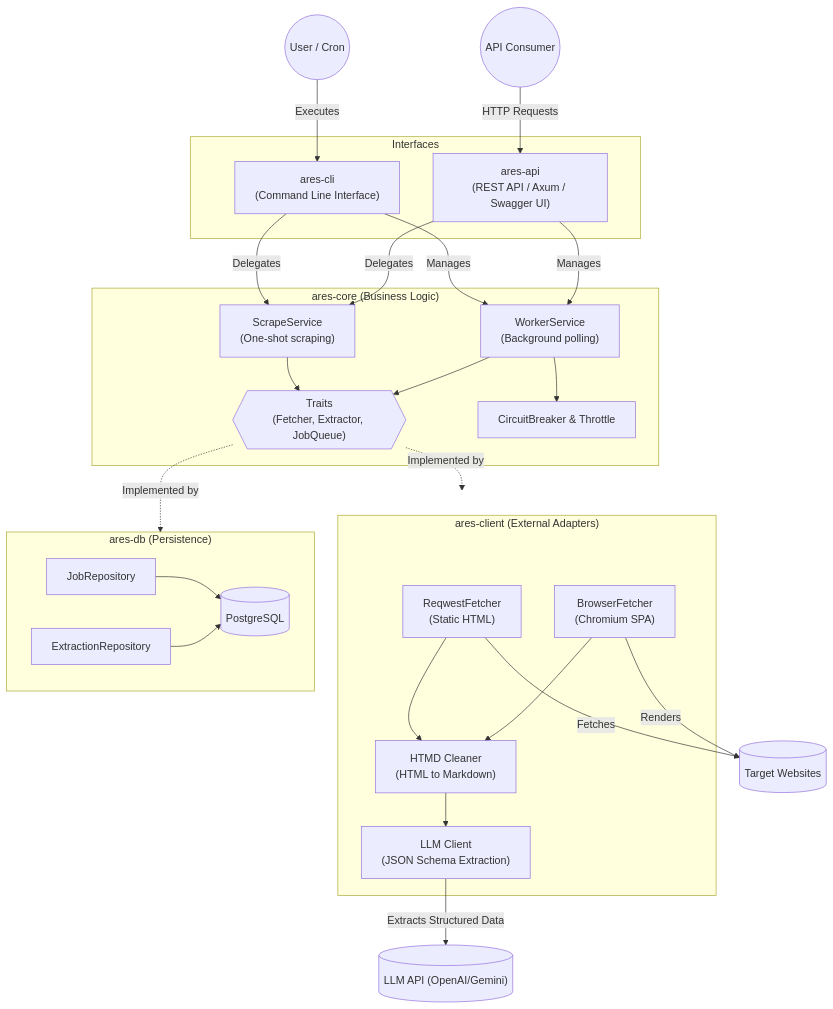
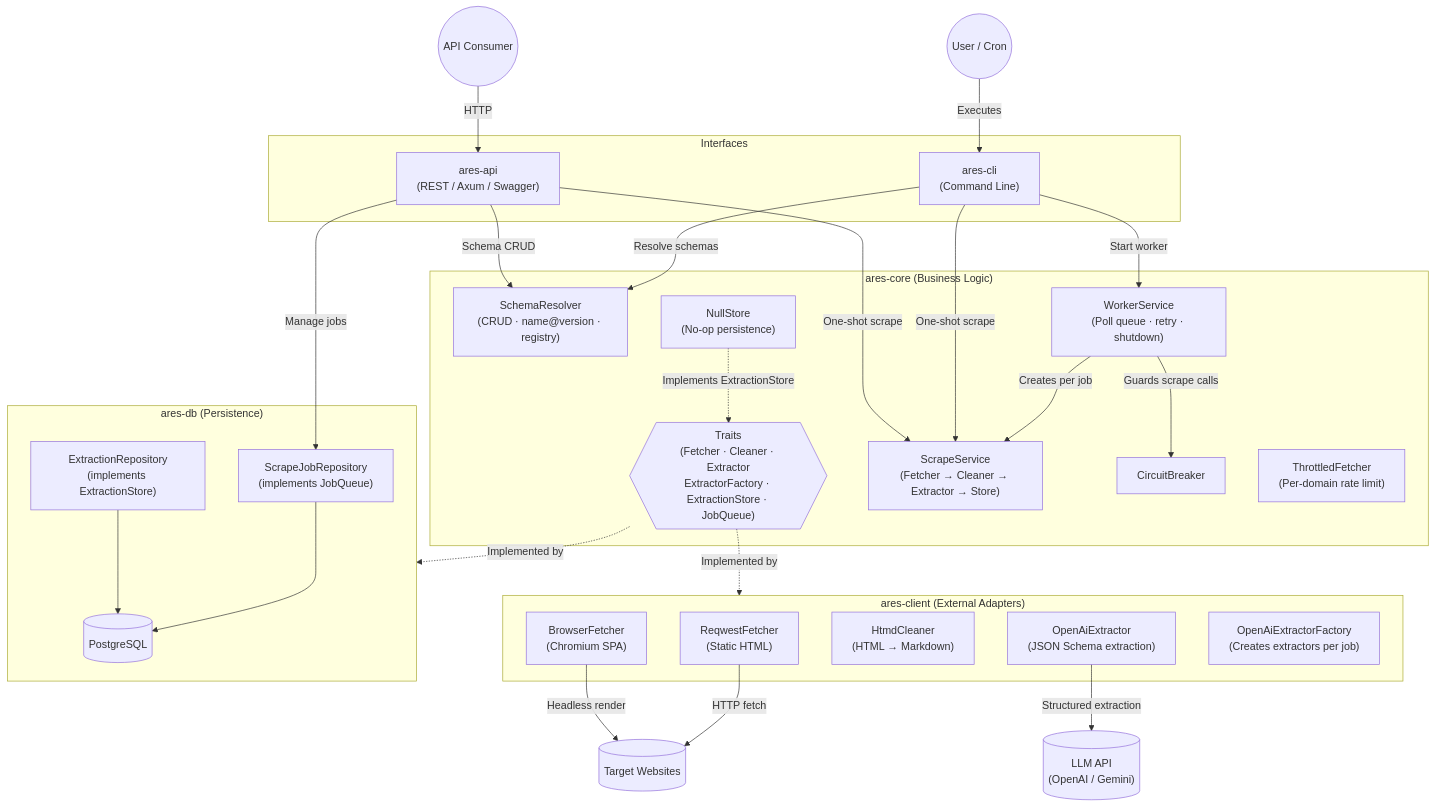
One commit to AndreaBozzo/Ares changed the diagram in README.md. Above: the diagram before and after it, drawn with Mermaid. The commit also changed other lines of this file, not shown here.

Commit message:
refactor(docs): enhance architecture diagram with clearer component descriptions and relationships

````diff
--- a/README.md
+++ b/README.md
@@ -31,64 +31,71 @@
 ```mermaid
 flowchart TB
   %% External Entities
   User((User / Cron))
   Admin((API Consumer))
   Web[("Target Websites")]
-  LLM_API[("LLM API (OpenAI/Gemini)")]
-    
+  LLM_API[("LLM API\n(OpenAI / Gemini)")]
+
   %% Entrypoints
   subgraph Interfaces["Interfaces"]
-    CLI["ares-cli\n(Command Line Interface)"]
-    API["ares-api\n(REST API / Axum / Swagger UI)"]
+    CLI["ares-cli\n(Command Line)"]
+    API["ares-api\n(REST / Axum / Swagger)"]
   end
 
   %% Core Business Logic
   subgraph Core["ares-core (Business Logic)"]
-    Traits{{"Traits\n(Fetcher, Extractor, JobQueue)"}}
-    ScrapeSvc["ScrapeService\n(One-shot scraping)"]
-    WorkerSvc["WorkerService\n(Background polling)"]
-    CB["CircuitBreaker & Throttle"]
-        
-    ScrapeSvc --> Traits
-    WorkerSvc --> Traits
-    WorkerSvc --> CB
+    Traits{{"Traits\n(Fetcher · Cleaner · Extractor\nExtractorFactory · ExtractionStore · JobQueue)"}}
+    Schema["SchemaResolver\n(CRUD · name@version · registry)"]
+    ScrapeSvc["ScrapeService\n(Fetcher → Cleaner → Extractor → Store)"]
+    WorkerSvc["WorkerService\n(Poll queue · retry · shutdown)"]
+    CB["CircuitBreaker"]
+    Throttle["ThrottledFetcher\n(Per-domain rate limit)"]
+    NullStore["NullStore\n(No-op persistence)"]
+
+    WorkerSvc -->|Creates per job| ScrapeSvc
+    WorkerSvc -->|Guards scrape calls| CB
   end
 
   %% External Adapters
   subgraph Client["ares-client (External Adapters)"]
     Reqwest["ReqwestFetcher\n(Static HTML)"]
     Browser["BrowserFetcher\n(Chromium SPA)"]
-    Cleaner["HTMD Cleaner\n(HTML to Markdown)"]
-    Extractor["LLM Client\n(JSON Schema Extraction)"]
+    Cleaner["HtmdCleaner\n(HTML → Markdown)"]
+    LlmClient["OpenAiExtractor\n(JSON Schema extraction)"]
+    Factory["OpenAiExtractorFactory\n(Creates extractors per job)"]
   end
 
   %% Database
   subgraph Database["ares-db (Persistence)"]
     DB[(PostgreSQL)]
-    JobRepo["JobRepository"]
-    ExtRepo["ExtractionRepository"]
-        
+    JobRepo["ScrapeJobRepository\n(implements JobQueue)"]
+    ExtRepo["ExtractionRepository\n(implements ExtractionStore)"]
+
     JobRepo --> DB
     ExtRepo --> DB
   end
 
-  %% Relationships and Data Flow
+  %% User → Interface
   User -->|Executes| CLI
-  Admin -->|HTTP Requests| API
-    
-  CLI -->|Delegates| ScrapeSvc
-  CLI -->|Manages| WorkerSvc
-  API -->|Delegates| ScrapeSvc
-  API -->|Manages| WorkerSvc
-    
+  Admin -->|HTTP| API
+
+  %% CLI wiring
+  CLI -->|One-shot scrape| ScrapeSvc
+  CLI -->|Start worker| WorkerSvc
+  CLI -->|Resolve schemas| Schema
+
+  %% API wiring (no WorkerService — worker is a separate process)
+  API -->|One-shot scrape| ScrapeSvc
+  API -->|Manage jobs| JobRepo
+  API -->|Schema CRUD| Schema
+
+  %% Trait implementations (dashed = "implements")
   Traits -.->|Implemented by| Client
   Traits -.->|Implemented by| Database
-    
-  %% Client interactions
-  Reqwest -->|Fetches| Web
-  Browser -->|Renders| Web
-  Reqwest --> Cleaner
-  Browser --> Cleaner
-  Cleaner --> Extractor
-  Extractor -->|Extracts Structured Data| LLM_API
+  NullStore -.->|Implements ExtractionStore| Traits
+
+  %% External interactions
+  Reqwest -->|HTTP fetch| Web
+  Browser -->|Headless render| Web
+  LlmClient -->|Structured extraction| LLM_API
 ```
````
